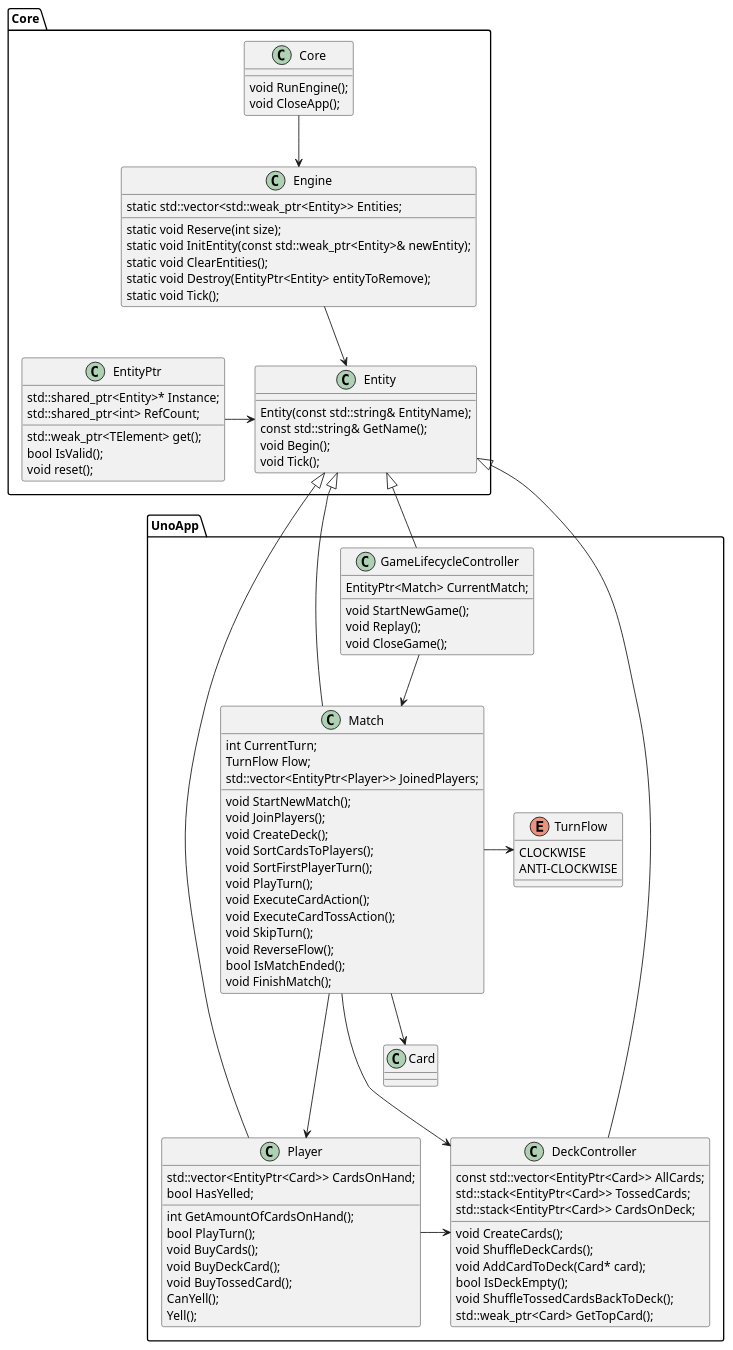
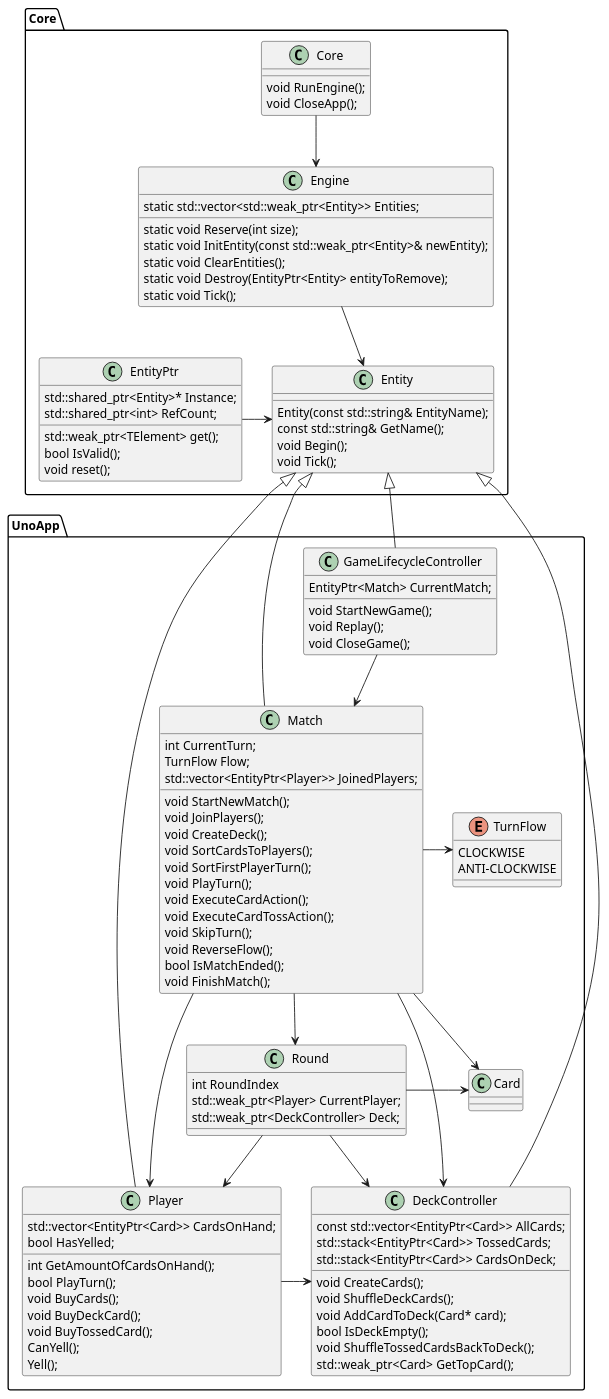
One commit to rodrigoaadias/UnoGameProjectCpp changed the diagram in Documentation/GeneralArchitecture.puml. Above: the diagram before and after it, drawn with PlantUML. The commit also changed 19 other files, not shown here.

Commit message:
Basic play logic for player in a round: can yell? can play? must buy? - these conditions are implemented

```diff
--- a/Documentation/GeneralArchitecture.puml
+++ b/Documentation/GeneralArchitecture.puml
@@ -1,114 +1,124 @@
 @startuml
 'https://plantuml.com/class-diagram
 
 package Core
 {
     class Engine{
         static std::vector<std::weak_ptr<Entity>> Entities;
         static void Reserve(int size);
         static void InitEntity(const std::weak_ptr<Entity>& newEntity);
         static void ClearEntities();
         static void Destroy(EntityPtr<Entity> entityToRemove);
         static void Tick();
     }
 
     class Entity{        
         Entity(const std::string& EntityName);
         const std::string& GetName();
         void Begin();
         void Tick();
     }
 
     Engine --> Entity
 
     class EntityPtr{
         std::shared_ptr<Entity>* Instance;
         std::shared_ptr<int> RefCount;
         std::weak_ptr<TElement> get();
         bool IsValid();
         void reset();
     }
 
     class Core{
         void RunEngine();
         void CloseApp();
     }
 
     Core --> Engine
     EntityPtr -> Entity
 }
 
 package UnoApp
 {
     class GameLifecycleController{
         EntityPtr<Match> CurrentMatch;
         void StartNewGame();
         void Replay();
         void CloseGame();
     }
     
     class Player{
         std::vector<EntityPtr<Card>> CardsOnHand;
         bool HasYelled;
         int GetAmountOfCardsOnHand();
         bool PlayTurn();
         void BuyCards();
         void BuyDeckCard();
         void BuyTossedCard();
         CanYell();
         Yell();
     }
 
     class DeckController{
         const std::vector<EntityPtr<Card>> AllCards;
         std::stack<EntityPtr<Card>> TossedCards;
         std::stack<EntityPtr<Card>> CardsOnDeck;
         void CreateCards();
         void ShuffleDeckCards();
         void AddCardToDeck(Card* card);
         bool IsDeckEmpty();
         void ShuffleTossedCardsBackToDeck();
         std::weak_ptr<Card> GetTopCard();
     }
 
     enum TurnFlow{
         CLOCKWISE
         ANTI-CLOCKWISE
     }
 
     class Match{    
         int CurrentTurn;
         TurnFlow Flow;
         std::vector<EntityPtr<Player>> JoinedPlayers;        
         void StartNewMatch();
         void JoinPlayers();
         void CreateDeck();
         void SortCardsToPlayers();
         void SortFirstPlayerTurn();
         void PlayTurn();
         void ExecuteCardAction();      
         void ExecuteCardTossAction();  
         void SkipTurn();
         void ReverseFlow();
         bool IsMatchEnded();
         void FinishMatch();
     }
+    
+    class Round{
+        int RoundIndex
+        std::weak_ptr<Player> CurrentPlayer;
+        std::weak_ptr<DeckController> Deck;
+    }
 
     class Card{
     }
 
     Entity <|-- GameLifecycleController
     GameLifecycleController --> Match
 
     Entity <|-- Player
     Entity <|-- Match
     Entity <|-- DeckController
 
     Player -> DeckController
     Match ---> Player
     Match ---> DeckController
     Match -> TurnFlow
     Match --> Card
+    Match --> Round
+    Round --> Player
+    Round --> DeckController
+    Round -> Card
 }
 
 @enduml
```
